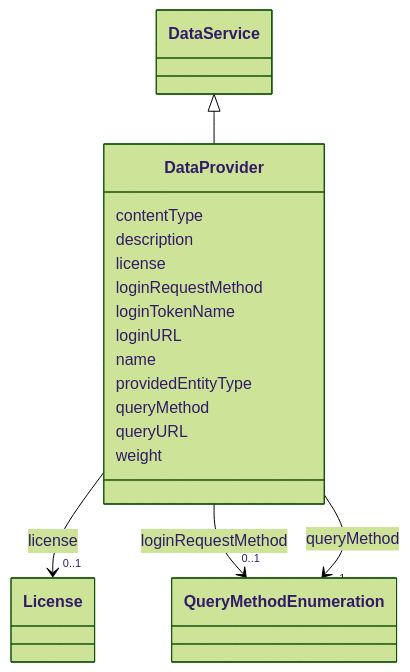
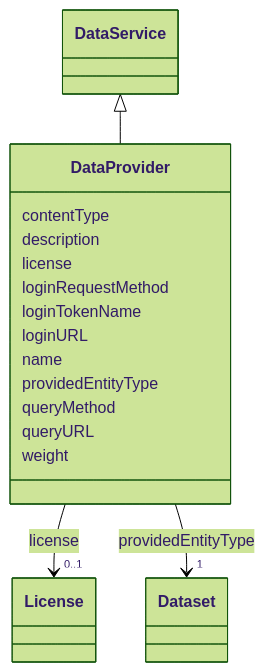
One commit to EVORA-project/evora-ontology changed the diagram in models/docs/DataProvider.md. Above: the diagram before and after it, drawn with Mermaid (forest theme). The commit also changed other lines of this file and 462 other files, not shown here.

````diff
--- a/models/docs/DataProvider.md
+++ b/models/docs/DataProvider.md
@@ -19,52 +19,45 @@
 ```mermaid
  classDiagram
     class DataProvider
     click DataProvider href "../DataProvider"
       DataService <|-- DataProvider
         click DataService href "../DataService"
       
       DataProvider : contentType
         
       DataProvider : description
         
       DataProvider : license
         
           
     
     
     DataProvider --> "0..1" License : license
     click License href "../License"
 
         
       DataProvider : loginRequestMethod
         
-          
-    
-    
-    DataProvider --> "0..1" QueryMethodEnumeration : loginRequestMethod
-    click QueryMethodEnumeration href "../QueryMethodEnumeration"
-
-        
       DataProvider : loginTokenName
         
       DataProvider : loginURL
         
       DataProvider : name
         
       DataProvider : providedEntityType
         
-      DataProvider : queryMethod
-        
           
     
     
-    DataProvider --> "1" QueryMethodEnumeration : queryMethod
-    click QueryMethodEnumeration href "../QueryMethodEnumeration"
+    DataProvider --> "1" Dataset : providedEntityType
+    click Dataset href "../Dataset"
 
+        
+      DataProvider : queryMethod
         
       DataProvider : queryURL
         
       DataProvider : weight
         
       
 ```
````
